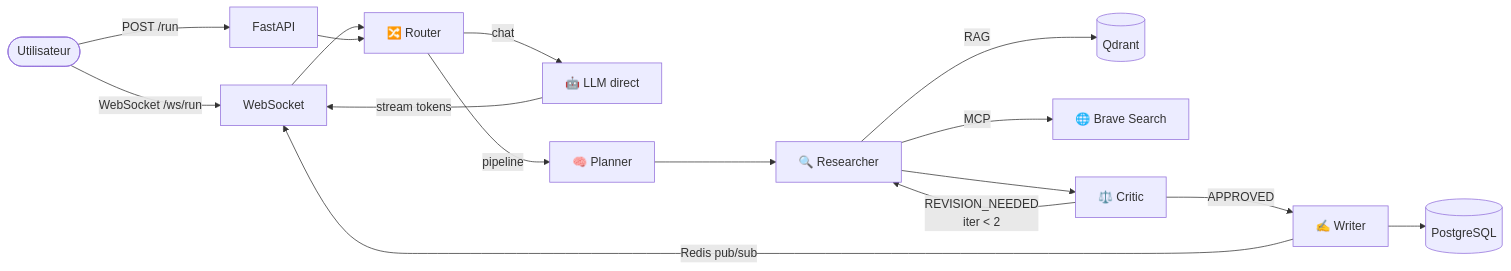
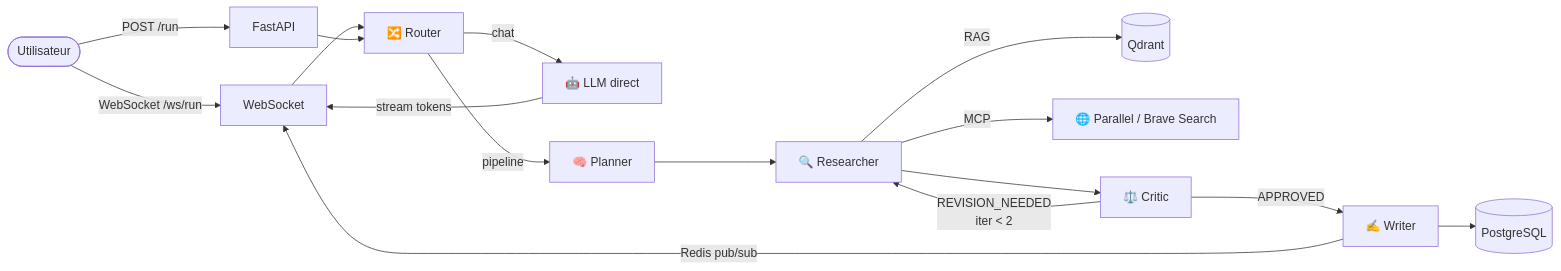
Before and after one commit to SeydinaBANE/multi-agent-system: the diagram in README.md, drawn with Mermaid. The commit also changed other lines of this file and 7 other files, not shown here.

Commit message:
feat: add keyless Parallel Search MCP to Researcher

````diff
--- a/README.md
+++ b/README.md
@@ -29,23 +29,23 @@
 ```mermaid
 graph LR
     U([Utilisateur]) -->|WebSocket /ws/run| WS[WebSocket]
     U -->|POST /run| API[FastAPI]
 
     WS --> RT[🔀 Router]
     API --> RT
 
     RT -->|chat| LLM[🤖 LLM direct]
     RT -->|pipeline| PL[🧠 Planner]
 
     PL --> RE[🔍 Researcher]
     RE -->|RAG| QD[(Qdrant)]
-    RE -->|MCP| BS[🌐 Brave Search]
+    RE -->|MCP| BS[🌐 Parallel / Brave Search]
     RE --> CR[⚖️ Critic]
 
     CR -->|REVISION_NEEDED\niter < 2| RE
     CR -->|APPROVED| WR[✍️ Writer]
 
     LLM -->|stream tokens| WS
     WR --> DB[(PostgreSQL)]
     WR -->|Redis pub/sub| WS
 ```
````
